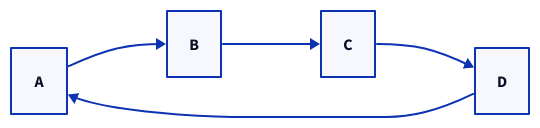
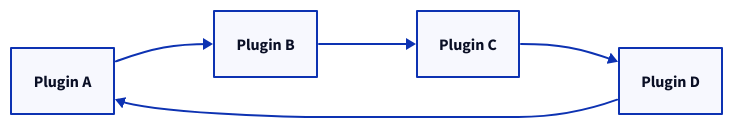
One commit to PaperMC/docs changed the diagram in src/content/docs/paper/dev/getting-started/paper-plugins.md. Above: the diagram before and after it, drawn with D2. The commit also changed other lines of this file and 87 other files, not shown here.

````diff
--- a/src/content/docs/paper/dev/getting-started/paper-plugins.md
+++ b/src/content/docs/paper/dev/getting-started/paper-plugins.md
@@ -211,9 +211,9 @@
 ```d2
 style.fill: transparent
 direction: right
 
-A -> B
-B -> C
-C -> D
-D -> A
+Plugin A -> Plugin B
+Plugin B -> Plugin C
+Plugin C -> Plugin D
+Plugin D -> Plugin A
 ```
````
